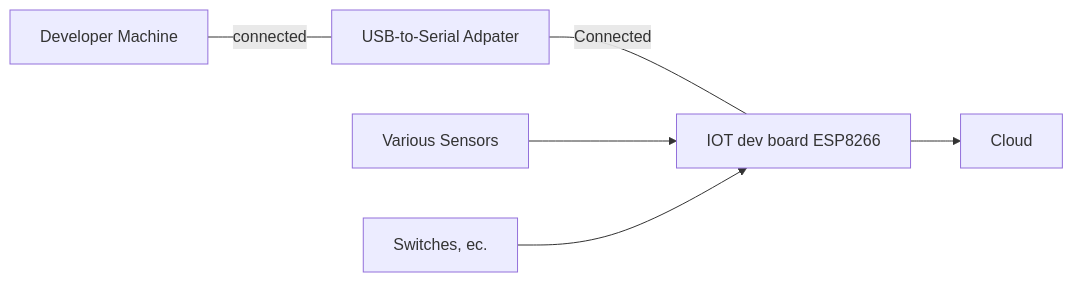
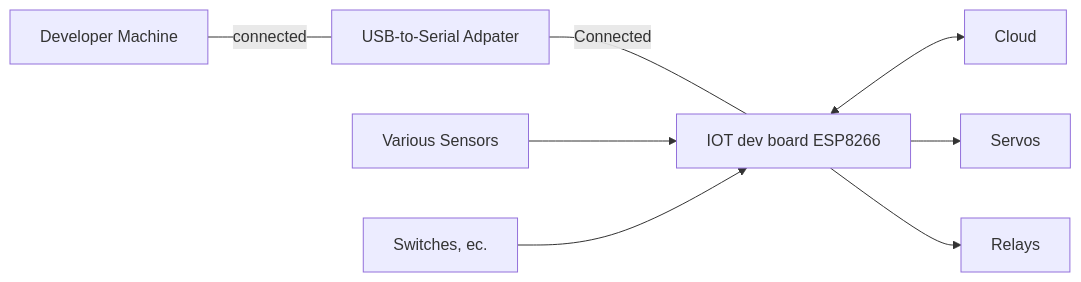
The first of 2 diagrams in README.md (freemansoft/ESP8266-MicroPython), drawn with Mermaid before and after one commit.

Commit message:
Another mermaid.js diagram

````diff
--- a/README.md
+++ b/README.md
@@ -3,16 +3,20 @@
 ```mermaid
 graph LR;
     DevMachine[Developer Machine]
     SerialAdapter[USB-to-Serial Adpater]
     Sensors[Various Sensors]
     Buttons[Switches, ec.]
+    Relays
+    Servos
     ESP8266[IOT dev board ESP8266]
     Cloud
 
+
     DevMachine --- |connected| SerialAdapter
     SerialAdapter --- |Connected|ESP8266
-    ESP8266 --> Cloud
+    ESP8266 <--> Cloud
     Sensors --> ESP8266
     Buttons --> ESP8266
-
+    ESP8266 --> Servos
+    ESP8266 --> Relays
 ```
````
